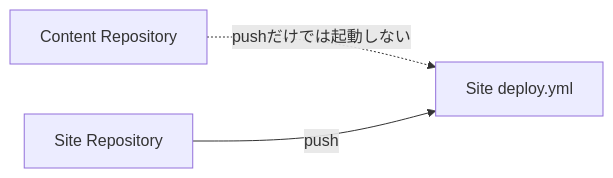
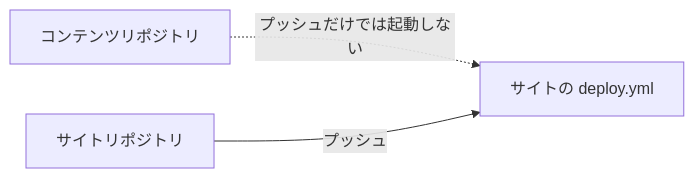
One commit to Rerurate514/riebeckite changed the fourth of 11 diagrams in docs/docs/guides/deployment/github-actions.ja.md. Above: the diagram before and after it, drawn with Mermaid. The commit also changed other lines of this file and 310 other files, not shown here.

````diff
--- a/docs/docs/guides/deployment/github-actions.ja.md
+++ b/docs/docs/guides/deployment/github-actions.ja.md
@@ -281,9 +265,9 @@
 ```mermaid id="v20ejj"
 flowchart LR
-    Content["Content Repository"]
-    Site["Site Repository"]
-    Workflow["Site deploy.yml"]
+    Content["コンテンツリポジトリ"]
+    Site["サイトリポジトリ"]
+    Workflow["サイトの deploy.yml"]
 
-    Content -.->|"pushだけでは起動しない"| Workflow
-    Site -->|"push"| Workflow
+    Content -.->|"プッシュだけでは起動しない"| Workflow
+    Site -->|"プッシュ"| Workflow
 ```
````
